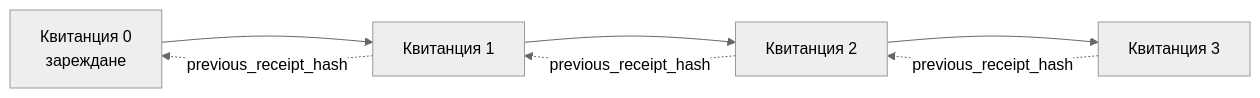
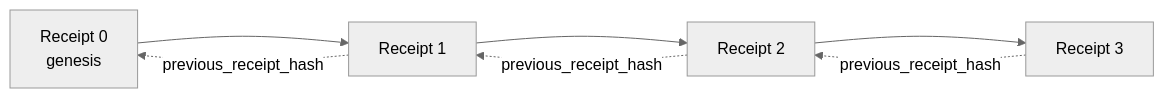
One commit to microsoft/ai-agents-for-beginners changed the second of 2 diagrams in translations/bg/18-securing-ai-agents/README.md. Above: the diagram before and after it, drawn with Mermaid (neutral theme). The commit also changed other lines of this file and 10 other files, not shown here.

````diff
--- a/translations/bg/18-securing-ai-agents/README.md
+++ b/translations/bg/18-securing-ai-agents/README.md
@@ -203,9 +226,9 @@
 ```mermaid
 flowchart LR
-    R0[Квитанция 0<br/>зареждане] --> R1[Квитанция 1]
-    R1 --> R2[Квитанция 2]
-    R2 --> R3[Квитанция 3]
+    R0[Receipt 0<br/>genesis] --> R1[Receipt 1]
+    R1 --> R2[Receipt 2]
+    R2 --> R3[Receipt 3]
     R1 -. previous_receipt_hash .-> R0
     R2 -. previous_receipt_hash .-> R1
     R3 -. previous_receipt_hash .-> R2
 ```
````
